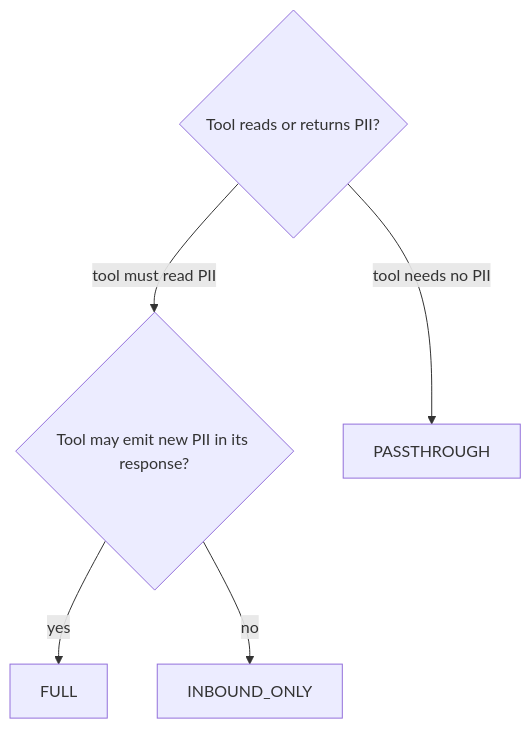
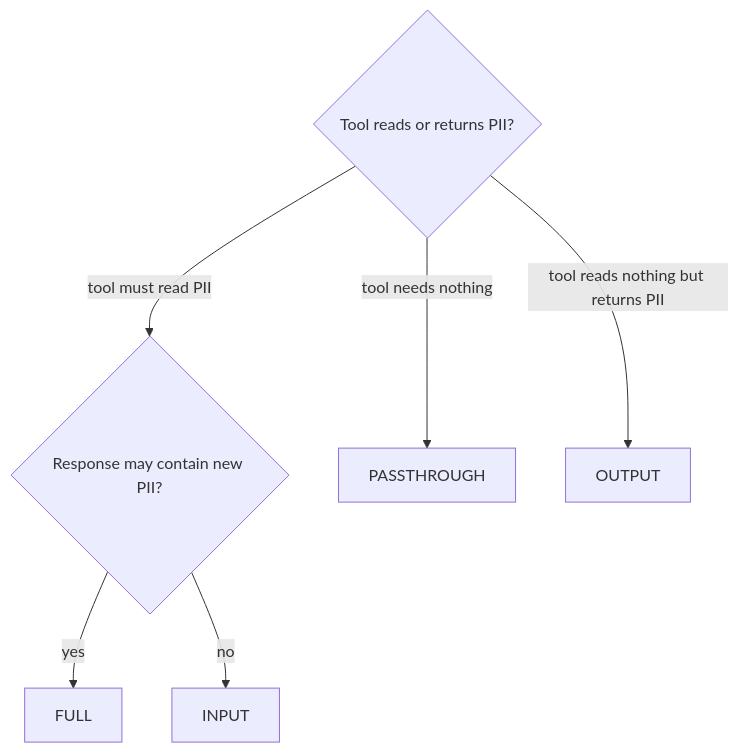
The second of 2 diagrams in docs/en/tool-call-strategies.md (Athroniaeth/piighost), drawn with Mermaid before and after one commit. The commit also changed other lines of this file and 57 other files, not shown here.

````diff
--- a/docs/en/tool-call-strategies.md
+++ b/docs/en/tool-call-strategies.md
@@ -60,7 +134,8 @@
 ```mermaid
 flowchart TD
-    A{Tool reads or returns PII?} -->|tool must read PII| B{Tool may emit new PII in its response?}
-    A -->|tool needs no PII| E[PASSTHROUGH]
+    A{Tool reads or returns PII?} -->|tool must read PII| B{Response may contain new PII?}
+    A -->|tool needs nothing| E[PASSTHROUGH]
+    A -->|tool reads nothing but returns PII| F[OUTPUT]
     B -->|yes| C[FULL]
-    B -->|no| D[INBOUND_ONLY]
+    B -->|no| D[INPUT]
 ```
````
